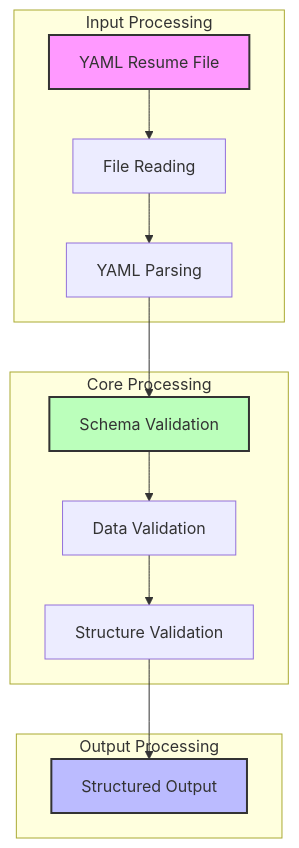
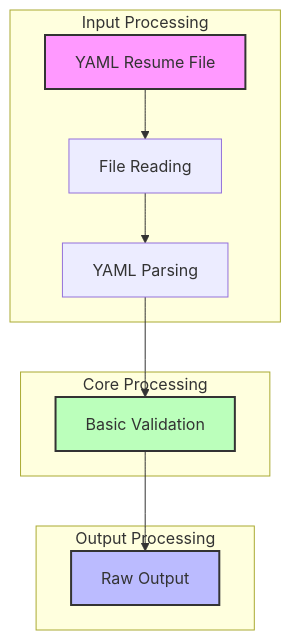
One commit to goatskin9844699/resume_tailoring changed the diagram in specs/resume_parser.md. Above: the diagram before and after it, drawn with Mermaid. The commit also changed other lines of this file, not shown here.

Commit message:
refactor: simplify Resume Parser to focus on core YAML reading - Remove complex data structuring - Focus on basic YAML validation - Improve separation of concerns with Resume Tailor

````diff
--- a/specs/resume_parser.md
+++ b/specs/resume_parser.md
@@ -44,29 +27,25 @@
 ```mermaid
 graph TD
     A[YAML Resume File] --> B[File Reading]
     B --> C[YAML Parsing]
-    C --> D[Schema Validation]
-    D --> E[Data Validation]
-    E --> F[Structure Validation]
-    F --> G[Structured Output]
+    C --> D[Basic Validation]
+    D --> E[Raw Output]
 
     subgraph "Input Processing"
         A
         B
         C
     end
 
     subgraph "Core Processing"
         D
-        E
-        F
     end
 
     subgraph "Output Processing"
-        G
+        E
     end
 
     style A fill:#f9f,stroke:#333,stroke-width:2px
-    style G fill:#bbf,stroke:#333,stroke-width:2px
+    style E fill:#bbf,stroke:#333,stroke-width:2px
     style D fill:#bfb,stroke:#333,stroke-width:2px
 ```
````
